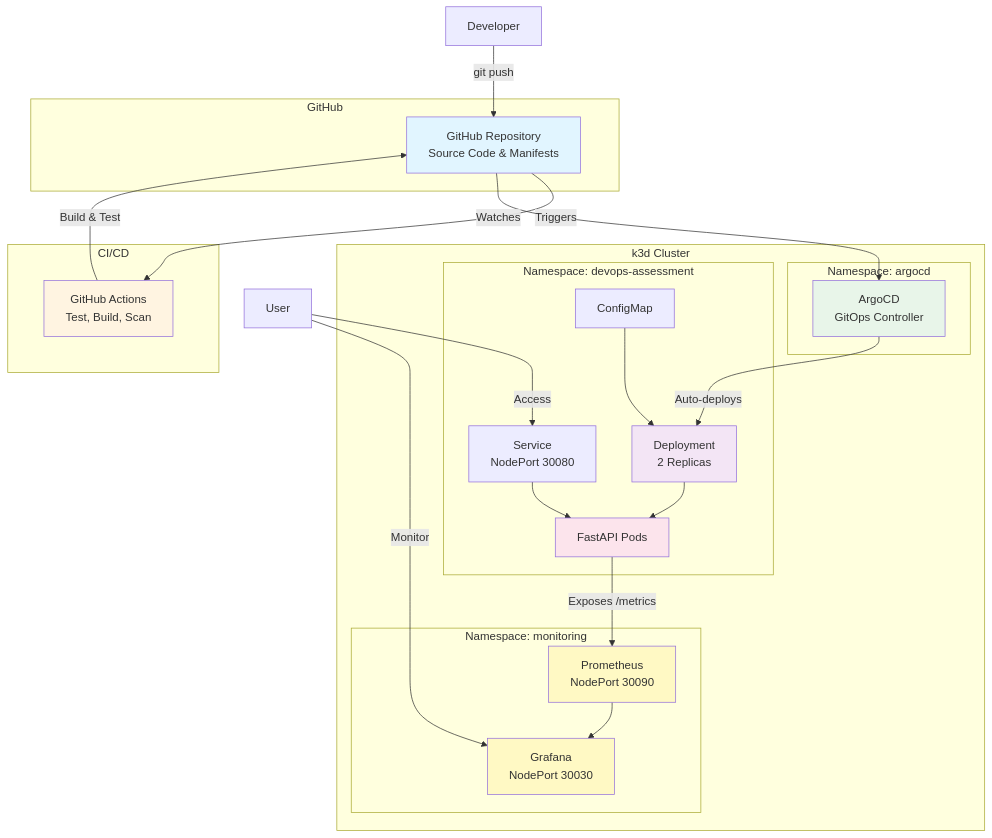
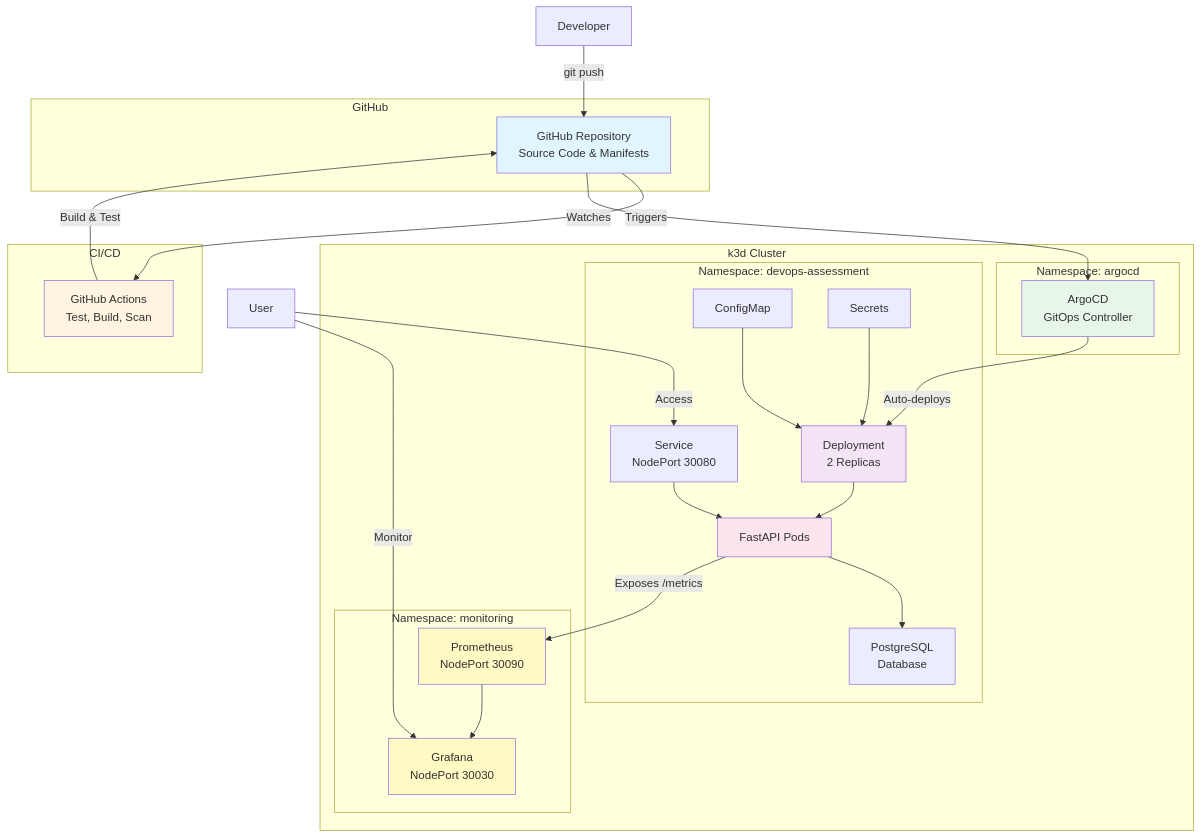
One commit to jardahrazdera/devops-assessment changed the diagram in README.md. Above: the diagram before and after it, drawn with Mermaid. The commit also changed other lines of this file, not shown here.

Commit message:
docs: update README with PostgreSQL and secret management

````diff
--- a/README.md
+++ b/README.md
@@ -28,51 +32,55 @@
 ```mermaid
 graph TB
     subgraph "GitHub"
         REPO[GitHub Repository<br/>Source Code & Manifests]
     end
 
     subgraph "CI/CD"
         GHA[GitHub Actions<br/>Test, Build, Scan]
     end
 
     subgraph "k3d Cluster"
         subgraph "Namespace: argocd"
             ARGOCD[ArgoCD<br/>GitOps Controller]
         end
 
         subgraph "Namespace: devops-assessment"
             DEPLOY[Deployment<br/>2 Replicas]
             SVC[Service<br/>NodePort 30080]
             CM[ConfigMap]
+            SECRET[Secrets]
             APP[FastAPI Pods]
+            PG[PostgreSQL<br/>Database]
 
             CM --> DEPLOY
+            SECRET --> DEPLOY
             DEPLOY --> APP
             SVC --> APP
+            APP --> PG
         end
 
         subgraph "Namespace: monitoring"
             PROM[Prometheus<br/>NodePort 30090]
             GRAFANA[Grafana<br/>NodePort 30030]
 
             PROM --> GRAFANA
         end
     end
 
     DEV[Developer] -->|git push| REPO
     REPO -->|Triggers| GHA
     GHA -->|Build & Test| REPO
     REPO -->|Watches| ARGOCD
     ARGOCD -->|Auto-deploys| DEPLOY
     APP -->|Exposes /metrics| PROM
     USER[User] -->|Access| SVC
     USER -->|Monitor| GRAFANA
 
     style REPO fill:#e1f5ff
     style GHA fill:#fff4e1
     style ARGOCD fill:#e8f5e9
     style DEPLOY fill:#f3e5f5
     style APP fill:#fce4ec
     style PROM fill:#fff9c4
     style GRAFANA fill:#fff9c4
 ```
````
